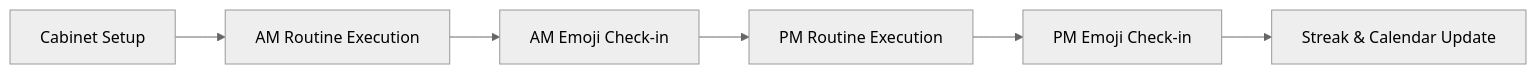
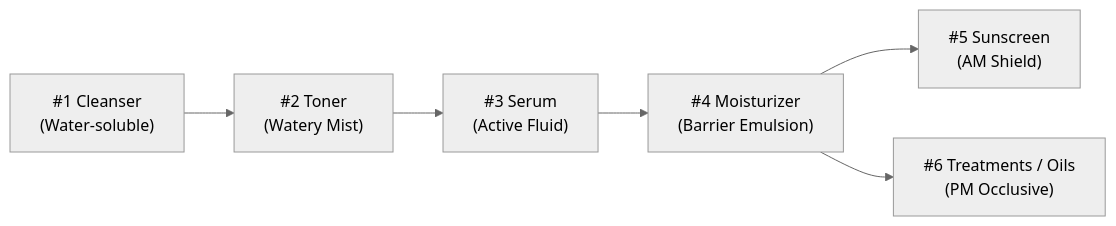
One commit to zhevadpal-dev/Mobile-App-Development- changed the diagram in README.md. Above: the diagram before and after it, drawn with Mermaid (neutral theme). The commit also changed other lines of this file, not shown here.

````diff
--- a/README.md
+++ b/README.md
@@ -99,8 +152,8 @@
 ```mermaid
 flowchart LR
-    A["Cabinet Setup"] --> B["AM Routine Execution"]
-    B --> C["AM Emoji Check-in"]
-    C --> D["PM Routine Execution"]
-    D --> E["PM Emoji Check-in"]
-    E --> F["Streak & Calendar Update"]
+    A["#1 Cleanser<br/>(Water-soluble)"] --> B["#2 Toner<br/>(Watery Mist)"]
+    B --> C["#3 Serum<br/>(Active Fluid)"]
+    C --> D["#4 Moisturizer<br/>(Barrier Emulsion)"]
+    D --> E["#5 Sunscreen<br/>(AM Shield)"]
+    D --> F["#6 Treatments / Oils<br/>(PM Occlusive)"]
 ```
````
